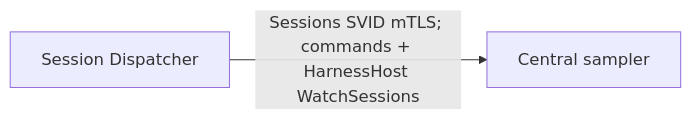
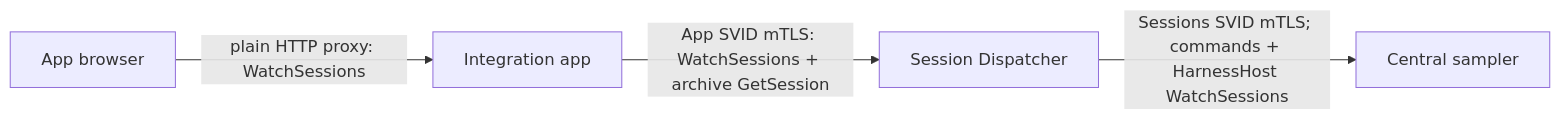
Before and after one commit to agentydragon/ducktape: the diagram in agentplane/README.md, drawn with Mermaid. The commit also changed 48 other files, not shown here.

Commit message:
Use Dispatcher activity for App Session status and archive admission

````diff
--- a/agentplane/README.md
+++ b/agentplane/README.md
@@ -62,4 +62,6 @@
 ```mermaid
 flowchart LR
-    dispatcher[Session Dispatcher] -->|Sessions SVID mTLS; commands + HarnessHost WatchSessions| sampler[Central sampler]
+    browser[App browser] -->|plain HTTP proxy: WatchSessions| app[Integration app]
+    app -->|App SVID mTLS: WatchSessions + archive GetSession| dispatcher[Session Dispatcher]
+    dispatcher -->|Sessions SVID mTLS; commands + HarnessHost WatchSessions| sampler[Central sampler]
 ```
````
